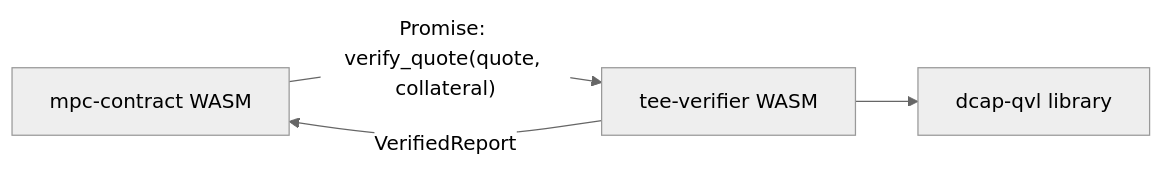
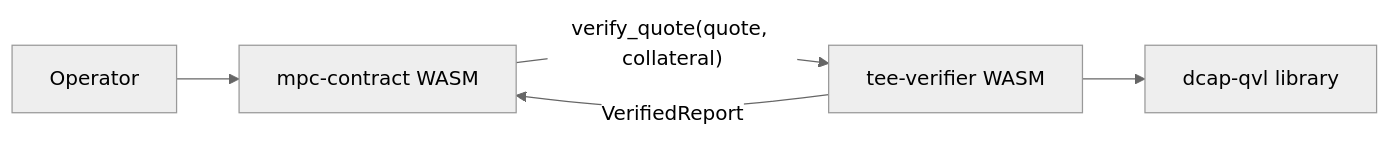
One commit to near/mpc changed the second of 5 diagrams in docs/design/attestation-verifier-contract.md. Above: the diagram before and after it, drawn with Mermaid (neutral theme). The commit also changed other lines of this file, not shown here.

Commit message:
docs(design): address review comments on attestation verifier contract

````diff
--- a/docs/design/attestation-verifier-contract.md
+++ b/docs/design/attestation-verifier-contract.md
@@ -51,10 +52,7 @@
 ```mermaid
 flowchart LR
-    MPC[mpc-contract WASM]
-    VER[tee-verifier WASM]
-    DCAP[dcap-qvl library]
-
-    MPC -- "Promise: verify_quote(quote, collateral)" --> VER
+    Op[Operator] --> MPC[mpc-contract WASM]
+    MPC -- "verify_quote(quote, collateral)" --> VER[tee-verifier WASM]
     VER -- "VerifiedReport" --> MPC
-    VER --> DCAP
+    VER --> DCAP[dcap-qvl library]
 ```
````
